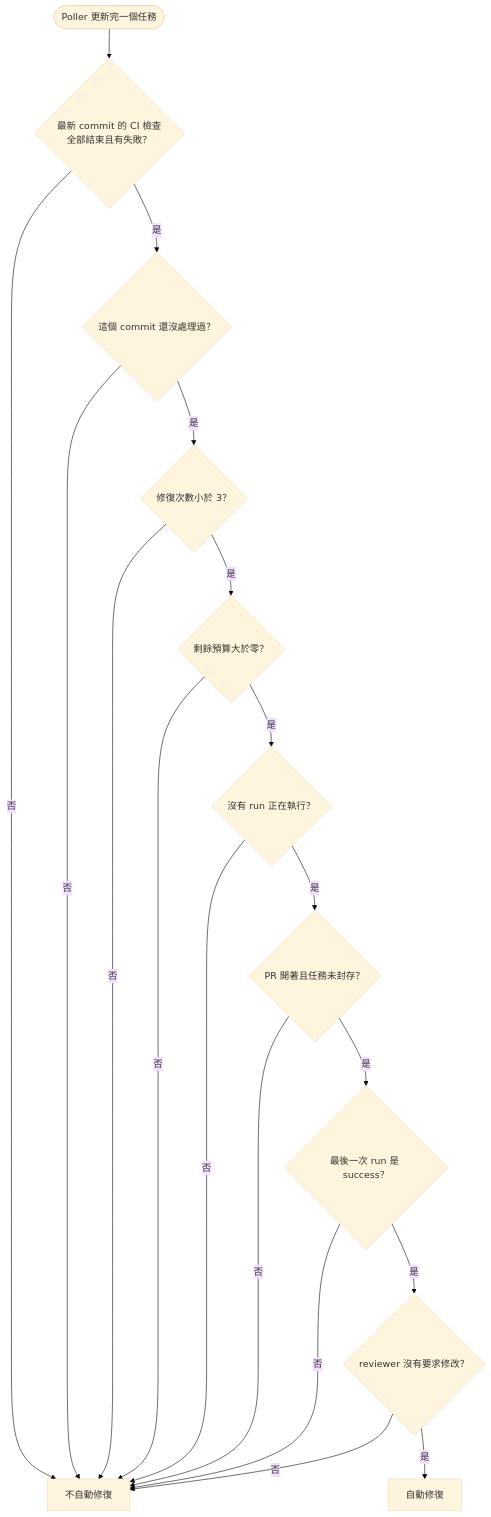
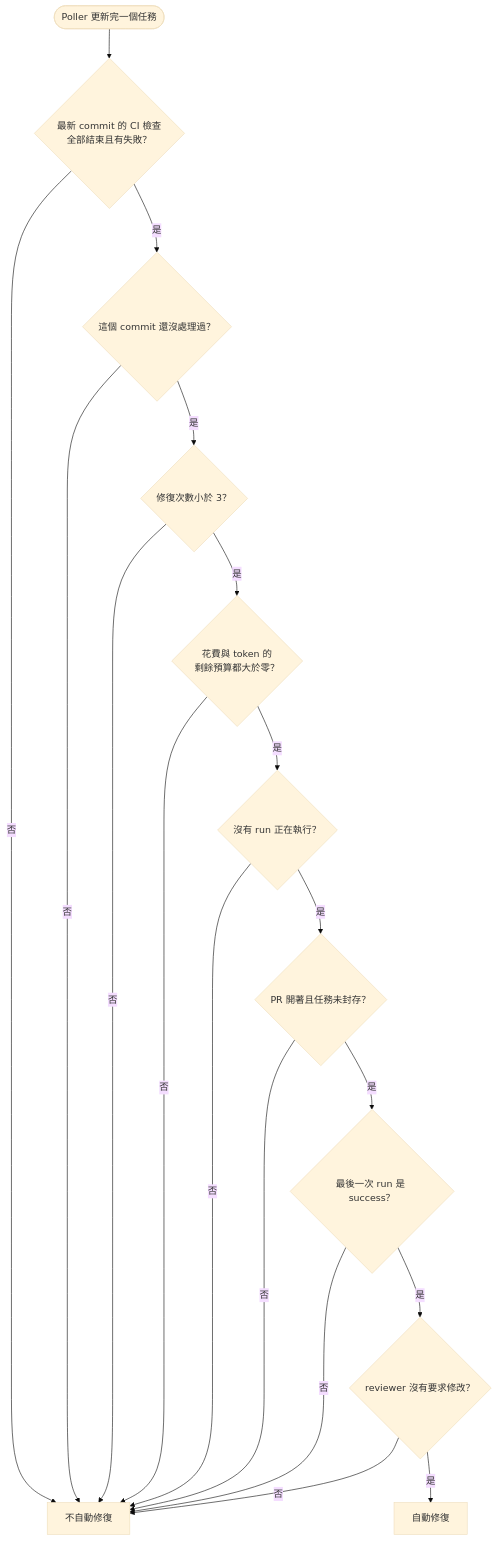
Before and after one commit to ppoozine/agent-supervisor: the eighth of 18 diagrams in docs/06-diagrams.md, drawn with Mermaid (base theme). The commit also changed other lines of this file and 6 other files, not shown here.

````diff
--- a/docs/06-diagrams.md
+++ b/docs/06-diagrams.md
@@ -297,20 +297,20 @@
 ```mermaid
 flowchart TD
     start(["Poller 更新完一個任務"]) --> c1{"最新 commit 的 CI 檢查<br/>全部結束且有失敗？"}
     c1 -->|"否"| no["不自動修復"]
     c1 -->|"是"| c2{"這個 commit 還沒處理過？"}
     c2 -->|"否"| no
     c2 -->|"是"| c3{"修復次數小於 3？"}
     c3 -->|"否"| no
-    c3 -->|"是"| c4{"剩餘預算大於零？"}
+    c3 -->|"是"| c4{"花費與 token 的<br/>剩餘預算都大於零？"}
     c4 -->|"否"| no
     c4 -->|"是"| c5{"沒有 run 正在執行？"}
     c5 -->|"否"| no
     c5 -->|"是"| c6{"PR 開著且任務未封存？"}
     c6 -->|"否"| no
     c6 -->|"是"| c7{"最後一次 run 是 success？"}
     c7 -->|"否"| no
     c7 -->|"是"| c8{"reviewer 沒有要求修改？"}
     c8 -->|"否"| no
     c8 -->|"是"| yes["自動修復"]
 ```
````
